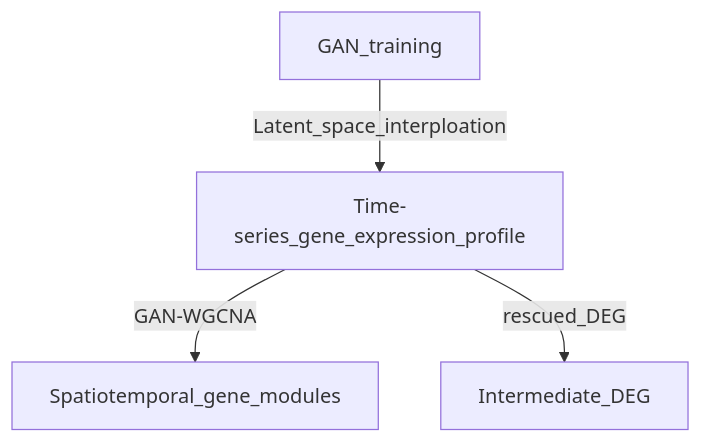
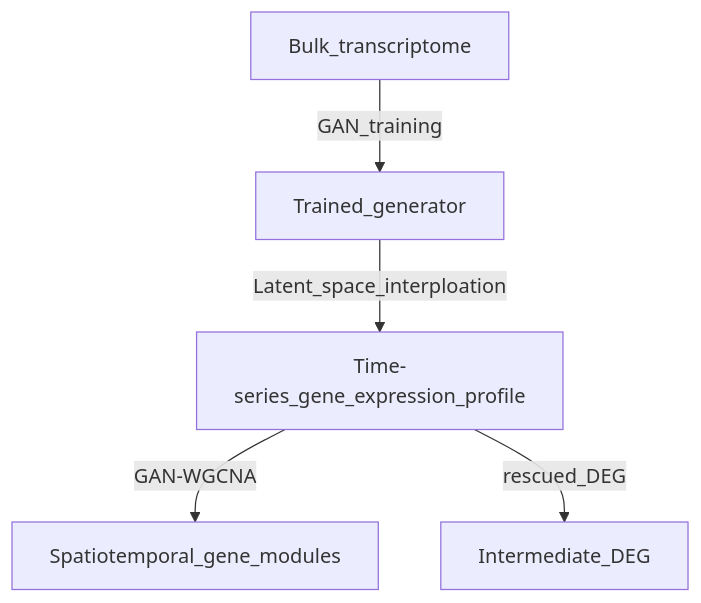
The diagram in README.md (baicalin/GAN-WGCNA), drawn with Mermaid before and after one commit.

````diff
--- a/README.md
+++ b/README.md
@@ -6,7 +6,8 @@
 ```mermaid
 graph TD;
-    GAN_training -- Latent_space_interploation --> Time-series_gene_expression_profile;
+    Bulk_transcriptome -- GAN_training --> Trained_generator
+    Trained_generator -- Latent_space_interploation --> Time-series_gene_expression_profile;
     Time-series_gene_expression_profile -- GAN-WGCNA --> Spatiotemporal_gene_modules;
     Time-series_gene_expression_profile -- rescued_DEG --> Intermediate_DEG;
 
 ```
````
